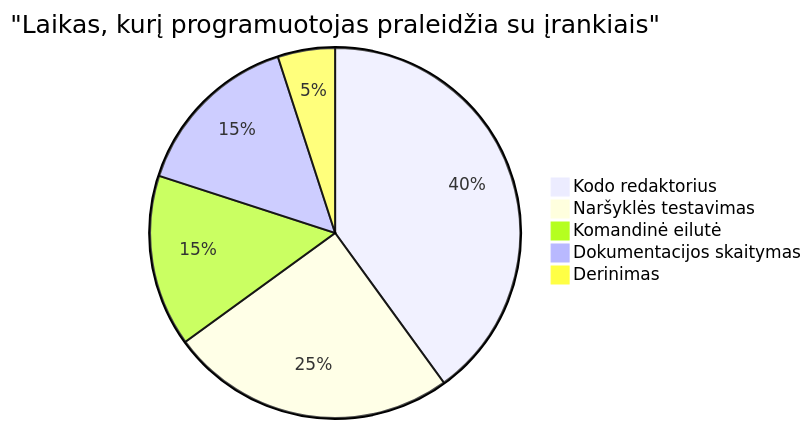
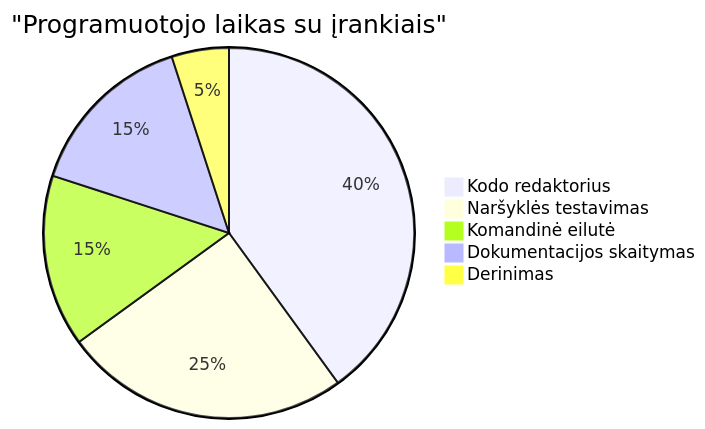
The sixth of 7 diagrams in translations/lt/1-getting-started-lessons/1-intro-to-programming-languages/README.md (microsoft/Web-Dev-For-Beginners), drawn with Mermaid before and after one commit. The commit also changed other lines of this file and 8 other files, not shown here.

````diff
--- a/translations/lt/1-getting-started-lessons/1-intro-to-programming-languages/README.md
+++ b/translations/lt/1-getting-started-lessons/1-intro-to-programming-languages/README.md
@@ -713,8 +713,8 @@
 ```mermaid
-pie title "Laikas, kurį programuotojas praleidžia su įrankiais"
+pie title "Programuotojo laikas su įrankiais"
     "Kodo redaktorius" : 40
     "Naršyklės testavimas" : 25
     "Komandinė eilutė" : 15
     "Dokumentacijos skaitymas" : 15
     "Derinimas" : 5
 ```
````
